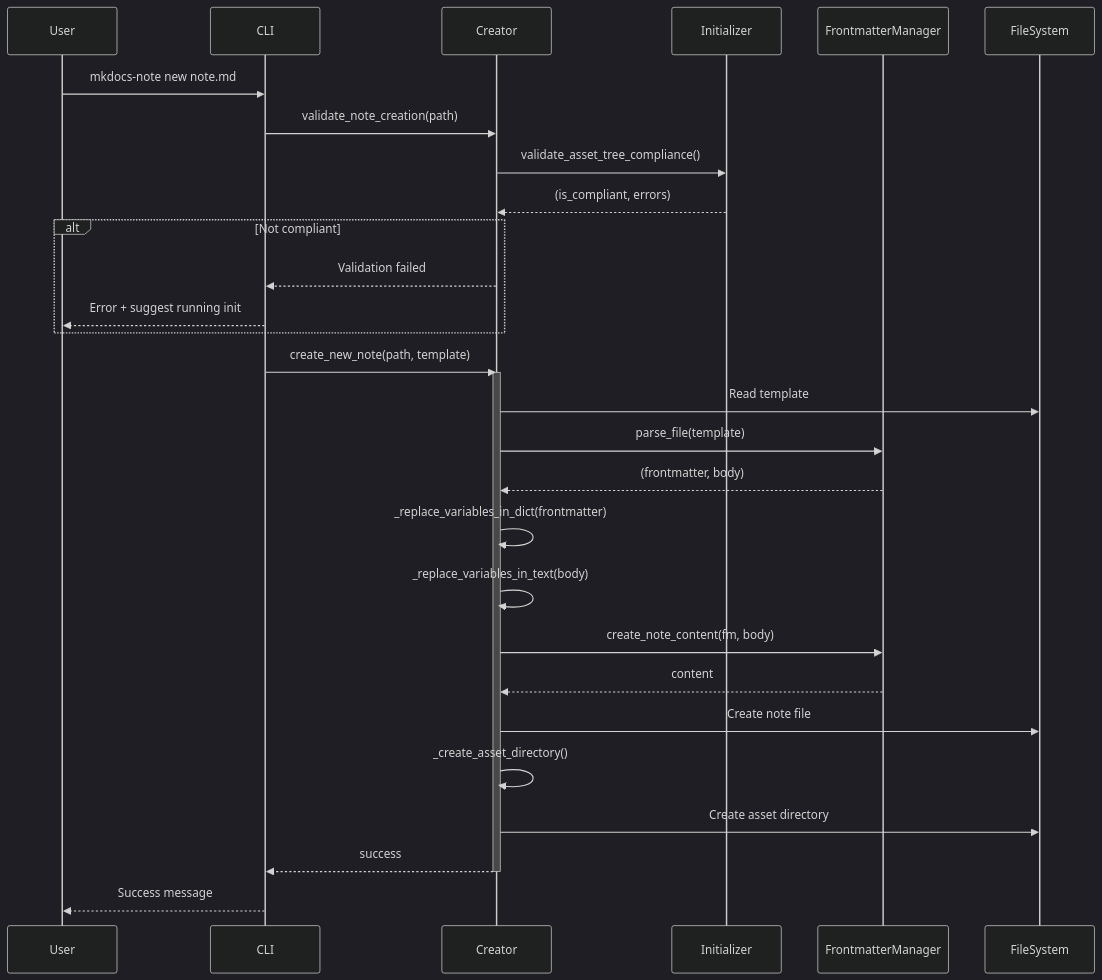
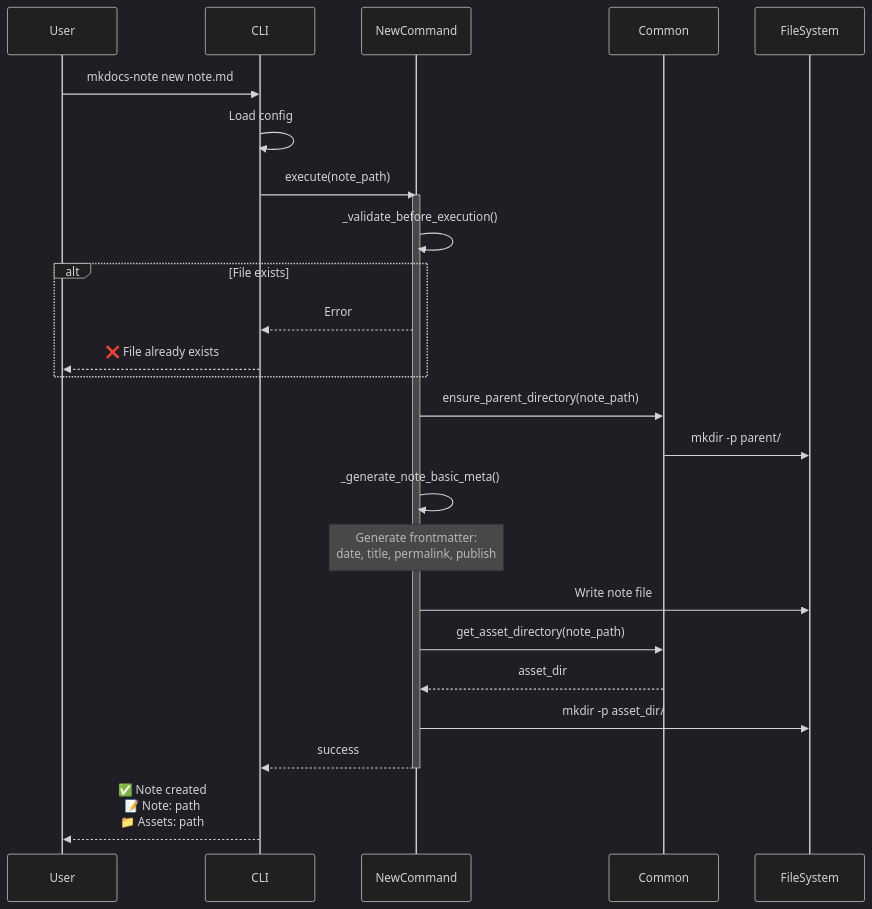
One commit to virtualguard101/mkdocs-note changed the fourth of 6 diagrams in docs/contributing/architecture.md. Above: the diagram before and after it, drawn with Mermaid (dark theme). The commit also changed other lines of this file and 1 other file, not shown here.

````diff
--- a/docs/contributing/architecture.md
+++ b/docs/contributing/architecture.md
@@ -625,42 +573,38 @@
 ```mermaid
 sequenceDiagram
     participant User
     participant CLI
-    participant Creator
-    participant Initializer
-    participant FMManager as FrontmatterManager
+    participant NewCmd as NewCommand
+    participant Common
     participant FS as FileSystem
     
     User->>CLI: mkdocs-note new note.md
-    CLI->>Creator: validate_note_creation(path)
+    CLI->>CLI: Load config
+    CLI->>NewCmd: execute(note_path)
+    activate NewCmd
     
-    Creator->>Initializer: validate_asset_tree_compliance()
-    Initializer-->>Creator: (is_compliant, errors)
+    NewCmd->>NewCmd: _validate_before_execution()
     
-    alt Not compliant
-        Creator-->>CLI: Validation failed
-        CLI-->>User: Error + suggest running init
+    alt File exists
+        NewCmd-->>CLI: Error
+        CLI-->>User: ❌ File already exists
     end
     
-    CLI->>Creator: create_new_note(path, template)
-    activate Creator
+    NewCmd->>Common: ensure_parent_directory(note_path)
+    Common->>FS: mkdir -p parent/
     
-    Creator->>FS: Read template
-    Creator->>FMManager: parse_file(template)
-    FMManager-->>Creator: (frontmatter, body)
+    NewCmd->>NewCmd: _generate_note_basic_meta()
+    Note over NewCmd: Generate frontmatter:<br/>date, title, permalink, publish
     
-    Creator->>Creator: _replace_variables_in_dict(frontmatter)
-    Creator->>Creator: _replace_variables_in_text(body)
+    NewCmd->>FS: Write note file
     
-    Creator->>FMManager: create_note_content(fm, body)
-    FMManager-->>Creator: content
+    NewCmd->>Common: get_asset_directory(note_path)
+    Common-->>NewCmd: asset_dir
     
-    Creator->>FS: Create note file
-    Creator->>Creator: _create_asset_directory()
-    Creator->>FS: Create asset directory
+    NewCmd->>FS: mkdir -p asset_dir/
     
-    Creator-->>CLI: success
-    deactivate Creator
+    NewCmd-->>CLI: success
+    deactivate NewCmd
     
-    CLI-->>User: Success message
+    CLI-->>User: ✅ Note created<br/>📝 Note: path<br/>📁 Assets: path
 ```
````
